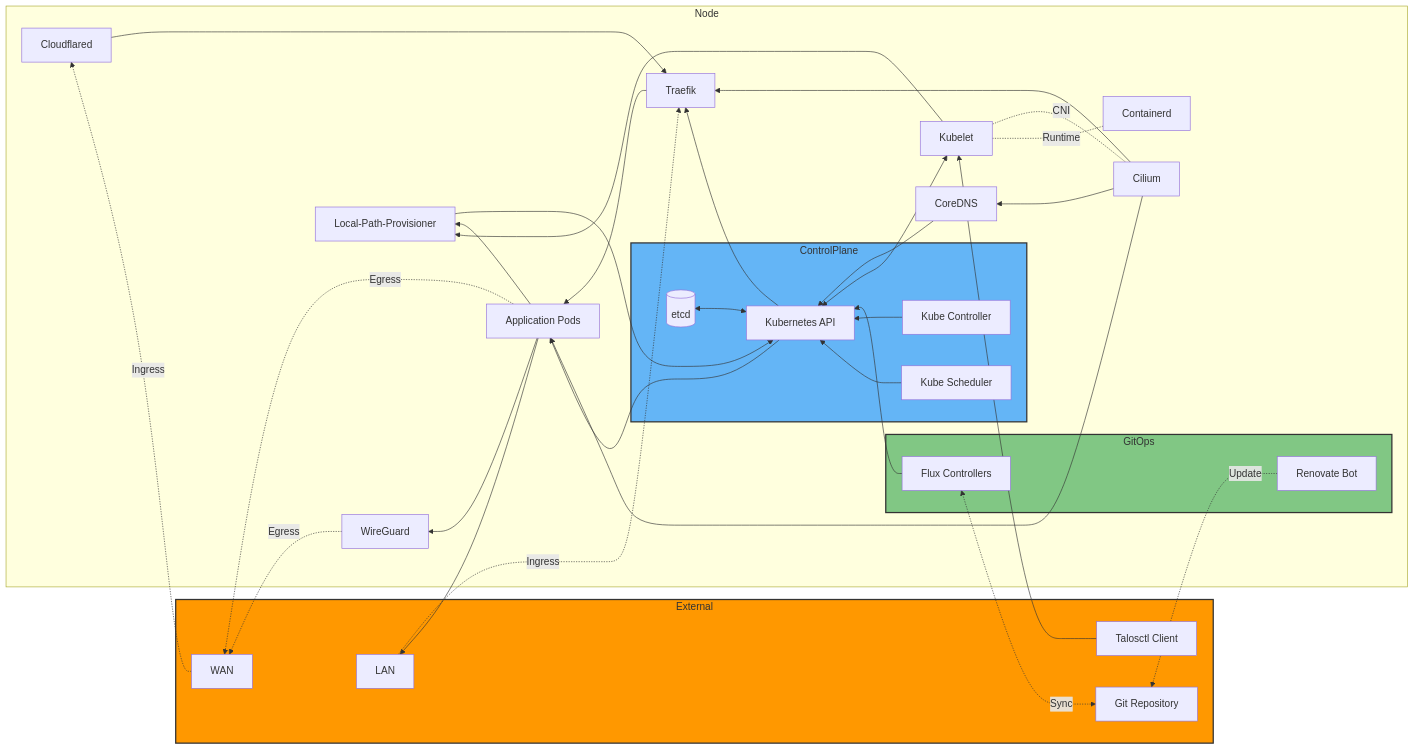
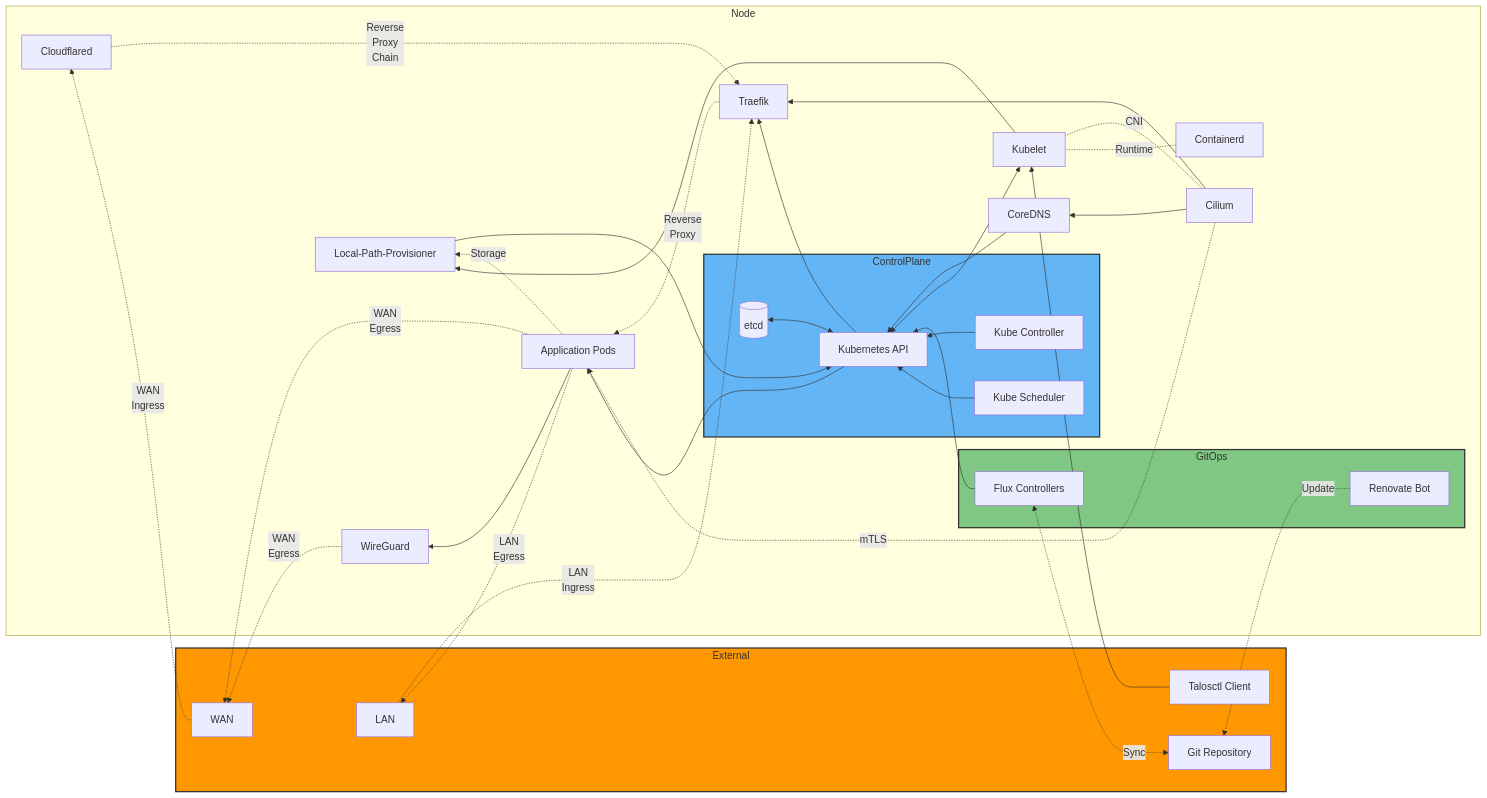
Before and after one commit to 0x4272616E646F6E/homelab: the diagram in README.md, drawn with Mermaid.

Commit message:
Updated README Diagram
Updated the README Diagram to clarify the relationships between components.

````diff
--- a/README.md
+++ b/README.md
@@ -49,72 +49,72 @@
 ```mermaid
 flowchart RL
   %% External
   subgraph External
     GIT[Git Repository]
     USER[Talosctl Client]
     LOCALNET[LAN]
     NET[WAN]
   end
 
   %% Node
   subgraph Node
     subgraph ControlPlane
       APIS[Kubernetes API]
       ETCD[(etcd)]
       SCHED[Kube Scheduler]
       KCM[Kube Controller]
     end
     
     KUBE[Kubelet]
     CRI[Containerd]
     CIL[Cilium]
     DNS[CoreDNS]
     TRF[Traefik]
     CFD[Cloudflared]
     WRG[WireGuard]
     LPP[Local-Path-Provisioner]
     APP[Application Pods]
     
     subgraph GitOps
       FLUX[Flux Controllers]
       REN[Renovate Bot]
     end
   end
 
   APIS <--> ETCD
   SCHED --> APIS
   KCM --> APIS
 
   GIT <-. Sync .-> FLUX
   REN -. Update .-> GIT
   FLUX --> APIS
 
   KUBE <--> APIS
   CRI -. Runtime .- KUBE
   CIL -. CNI .- KUBE
   DNS --> APIS
   APIS --> TRF
-  CFD --> TRF
-  NET -. Ingress .-> CFD
-  LOCALNET -. Ingress .-> TRF
+  CFD -. Reverse<br>Proxy<br>Chain .-> TRF
+  NET -. WAN<br>Ingress .-> CFD
+  LOCALNET -. LAN<br>Ingress .-> TRF
   CIL --> DNS
   CIL --> TRF
-  WRG -. Egress .-> NET
+  WRG -. WAN<br>Egress .-> NET
   LPP --> APIS
   KUBE --> LPP
   APIS --> APP
-  CIL --> APP
-  TRF --> APP
-  APP --> LPP
-  APP --> LOCALNET
-  APP -. Egress .-> NET
+  CIL -. mTLS .-> APP
+  TRF -. Reverse<br>Proxy .-> APP
+  APP -. Storage .-> LPP
+  APP -. LAN<br>Egress .-> LOCALNET
+  APP -. WAN<br>Egress .-> NET
   APP --> WRG
 
   %% Talos management
   USER --> KUBE
   
   %% Styling
   style External fill:#ff9800,stroke:#333,stroke-width:2px
   style ControlPlane fill:#64b5f6,stroke:#333,stroke-width:2px
   style GitOps fill:#81c784,stroke:#333,stroke-width:2px
 ```
````
